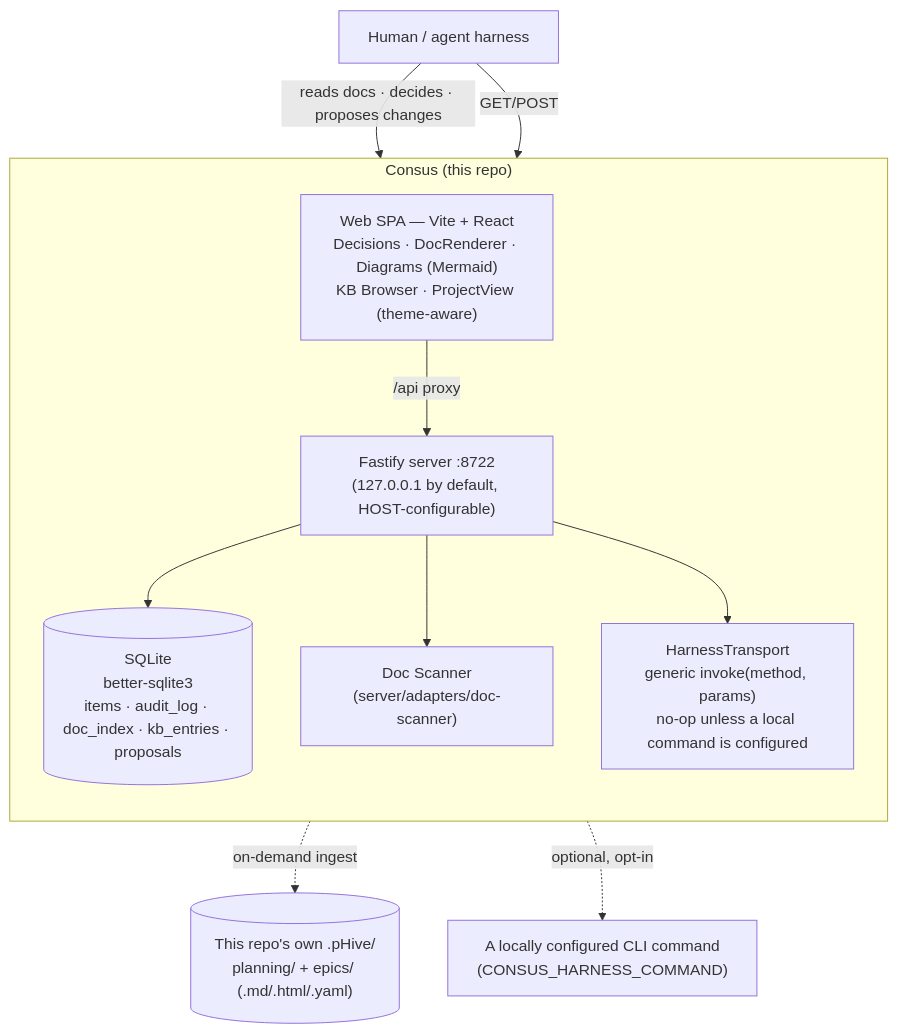
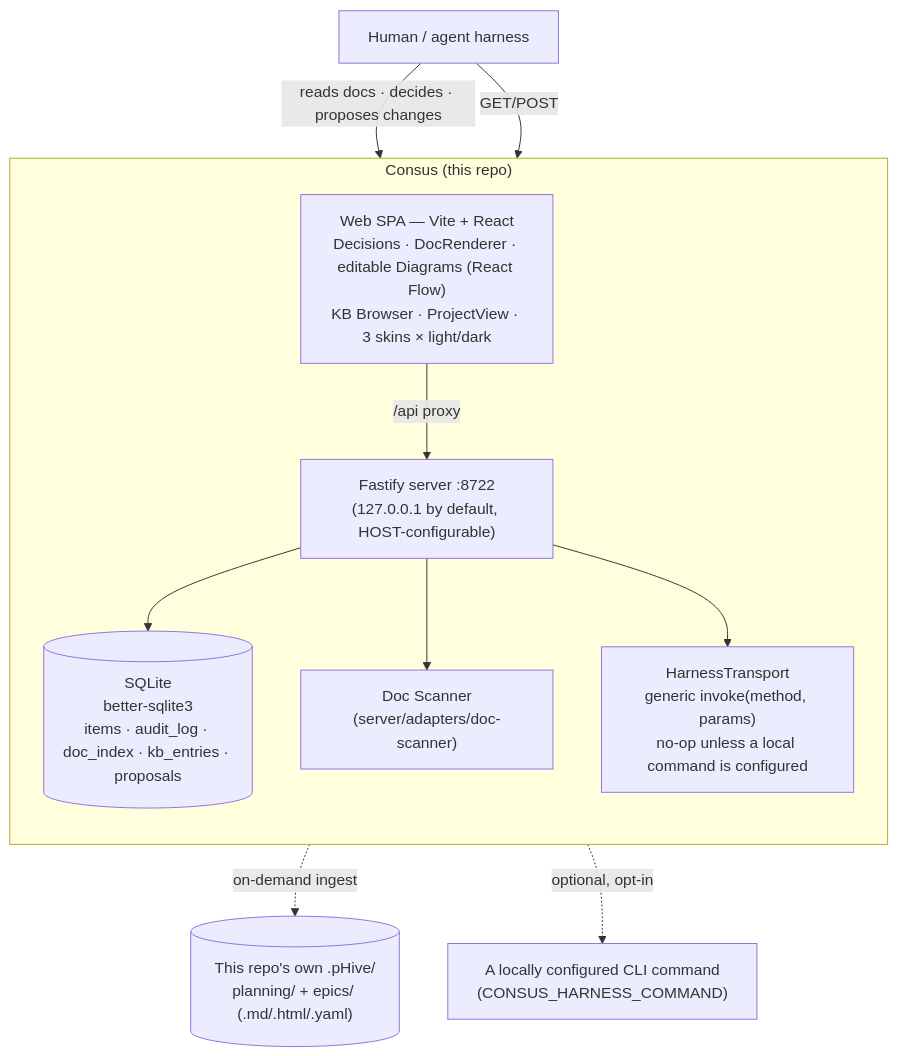
One commit to mdostal/consus changed the diagram in README.md. Above: the diagram before and after it, drawn with Mermaid. The commit also changed other lines of this file and 4 other files, not shown here.

````diff
--- a/README.md
+++ b/README.md
@@ -21,21 +23,21 @@
 ```mermaid
 flowchart TB
   subgraph Consus["Consus (this repo)"]
     direction TB
-    Web["Web SPA — Vite + React<br/>Decisions · DocRenderer · Diagrams (Mermaid)<br/>KB Browser · ProjectView (theme-aware)"]
+    Web["Web SPA — Vite + React<br/>Decisions · DocRenderer · editable Diagrams (React Flow)<br/>KB Browser · ProjectView · 3 skins × light/dark"]
     API["Fastify server :8722<br/>(127.0.0.1 by default, HOST-configurable)"]
     DB[("SQLite<br/>better-sqlite3<br/>items · audit_log · doc_index · kb_entries · proposals")]
     Scanner["Doc Scanner<br/>(server/adapters/doc-scanner)"]
     Harness["HarnessTransport<br/>generic invoke(method, params)<br/>no-op unless a local command is configured"]
     Web -->|/api proxy| API
     API --> DB
     API --> Scanner
     API --> Harness
   end
 
   Scanner -.on-demand ingest.-> Repo[("This repo's own .pHive/<br/>planning/ + epics/ (.md/.html/.yaml)")]
   Harness -.optional, opt-in.-> LocalCmd["A locally configured CLI command<br/>(CONSUS_HARNESS_COMMAND)"]
 
   Human["Human / agent harness"] -->|reads docs · decides · proposes changes| Web
   Human -->|GET/POST| API
 ```
````
